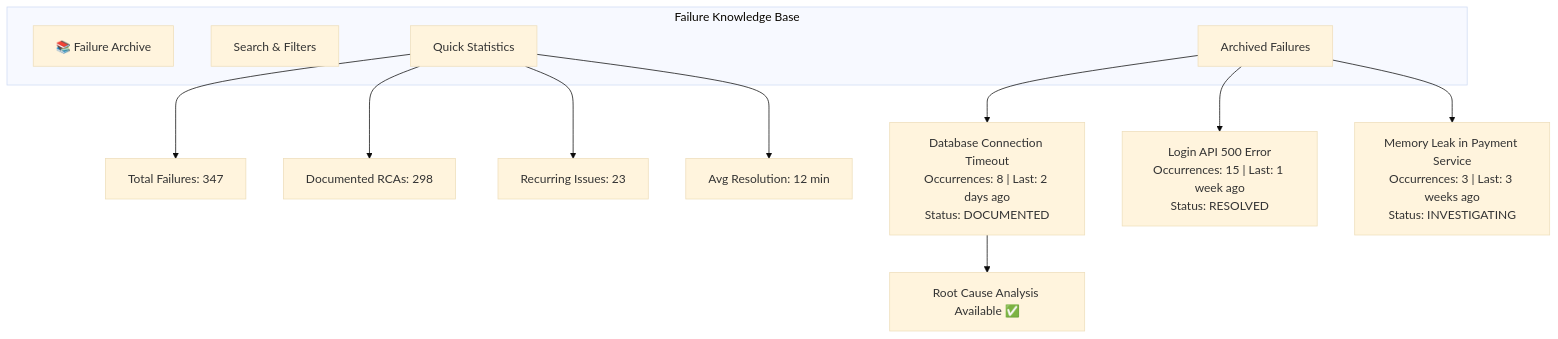
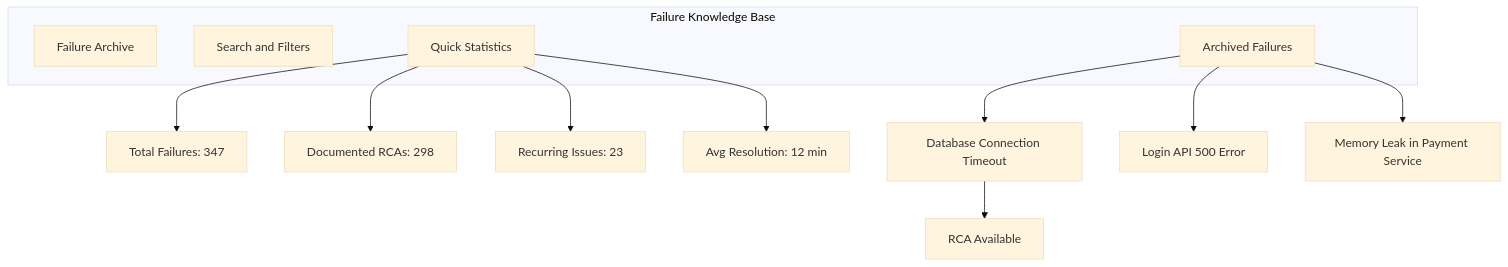
The third of 12 diagrams in DEMO.md (rayalon1984/testops-copilot), drawn with Mermaid (base theme) before and after one commit. The commit also changed other lines of this file and 4 other files, not shown here.

````diff
--- a/DEMO.md
+++ b/DEMO.md
@@ -70,20 +66,19 @@
 ```mermaid
 graph TD
     subgraph KnowledgeBase["Failure Knowledge Base"]
-        Header[📚 Failure Archive]
-        Search[Search & Filters]
+        Header[Failure Archive]
+        Search[Search and Filters]
         Stats2[Quick Statistics]
         FailureList[Archived Failures]
     end
 
     Stats2 --> Total[Total Failures: 347]
     Stats2 --> Documented[Documented RCAs: 298]
     Stats2 --> Recurring[Recurring Issues: 23]
     Stats2 --> AvgTime[Avg Resolution: 12 min]
 
-    FailureList --> Failure1["Database Connection Timeout<br/>Occurrences: 8 | Last: 2 days ago<br/>Status: DOCUMENTED"]
-    FailureList --> Failure2["Login API 500 Error<br/>Occurrences: 15 | Last: 1 week ago<br/>Status: RESOLVED"]
-    FailureList --> Failure3["Memory Leak in Payment Service<br/>Occurrences: 3 | Last: 3 weeks ago<br/>Status: INVESTIGATING"]
-
-    Failure1 --> RCA1[Root Cause Analysis Available ✅]
+    FailureList --> Failure1[Database Connection Timeout]
+    FailureList --> Failure2[Login API 500 Error]
+    FailureList --> Failure3[Memory Leak in Payment Service]
+    Failure1 --> RCA1[RCA Available]
 ```
````
